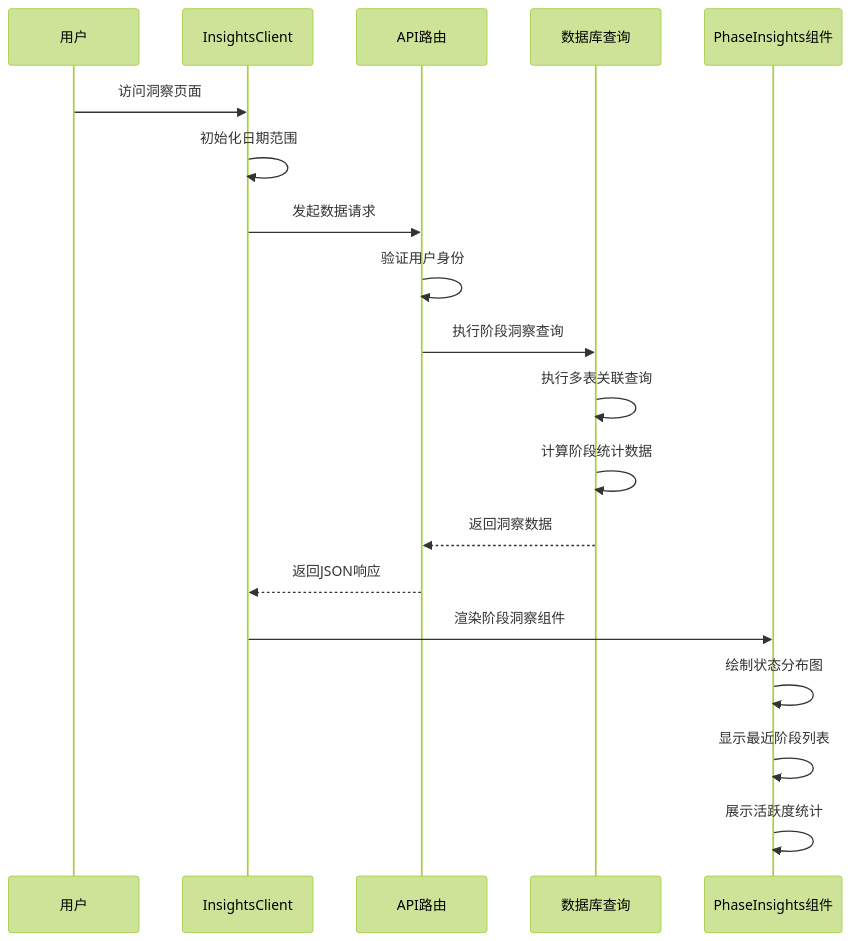
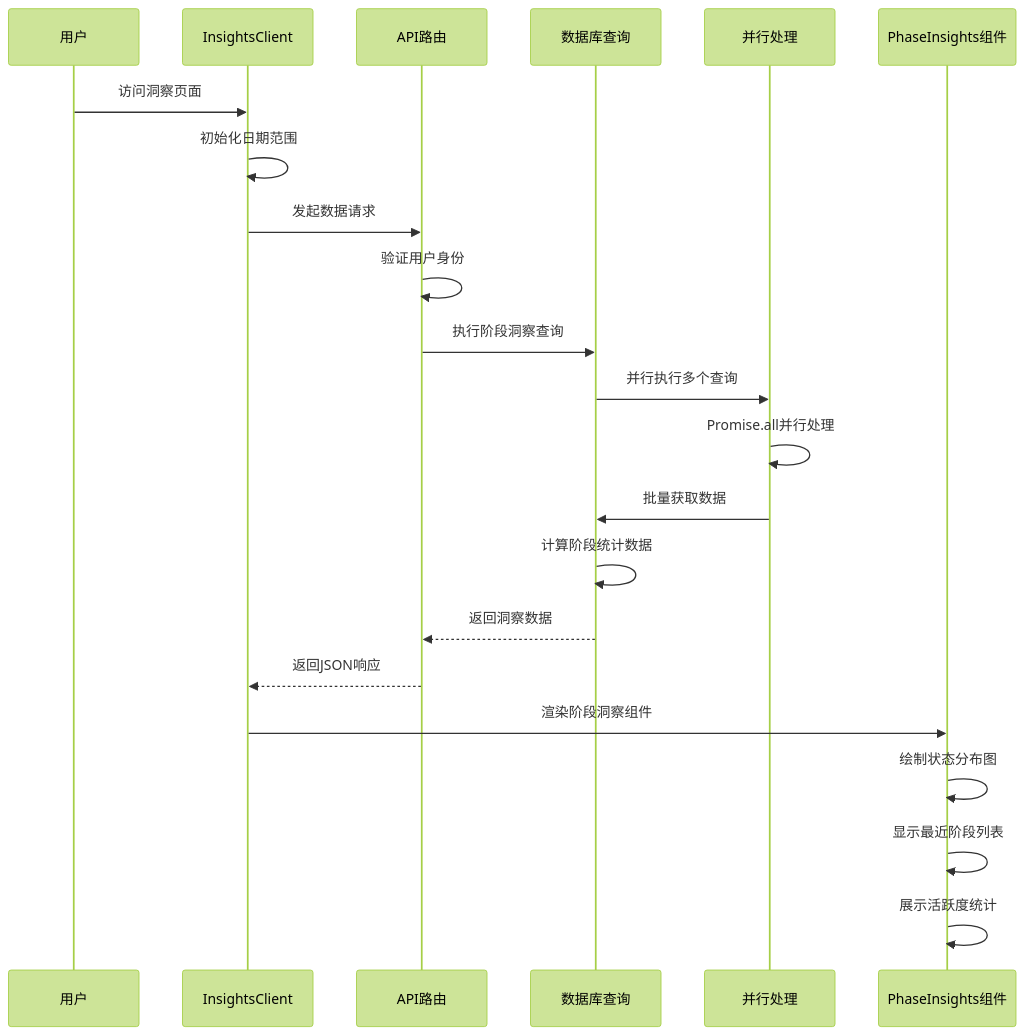
The second of 12 diagrams in .qoder/repowiki/zh/content/核心功能模块/洞察分析系统/阶段洞察分析.md (bbong1234/TETO), drawn with Mermaid (forest theme) before and after one commit. The commit also changed other lines of this file and 352 other files, not shown here.

````diff
--- a/.qoder/repowiki/zh/content/核心功能模块/洞察分析系统/阶段洞察分析.md
+++ b/.qoder/repowiki/zh/content/核心功能模块/洞察分析系统/阶段洞察分析.md
@@ -116,21 +132,24 @@
 ```mermaid
 sequenceDiagram
 participant User as 用户
 participant Client as InsightsClient
 participant API as API路由
 participant DB as 数据库查询
+participant Parallel as 并行处理
 participant Chart as PhaseInsights组件
 User->>Client : 访问洞察页面
 Client->>Client : 初始化日期范围
 Client->>API : 发起数据请求
 API->>API : 验证用户身份
 API->>DB : 执行阶段洞察查询
-DB->>DB : 执行多表关联查询
+DB->>Parallel : 并行执行多个查询
+Parallel->>Parallel : Promise.all并行处理
+Parallel->>DB : 批量获取数据
 DB->>DB : 计算阶段统计数据
 DB-->>API : 返回洞察数据
 API-->>Client : 返回JSON响应
 Client->>Chart : 渲染阶段洞察组件
 Chart->>Chart : 绘制状态分布图
 Chart->>Chart : 显示最近阶段列表
 Chart->>Chart : 展示活跃度统计
 ```
````
